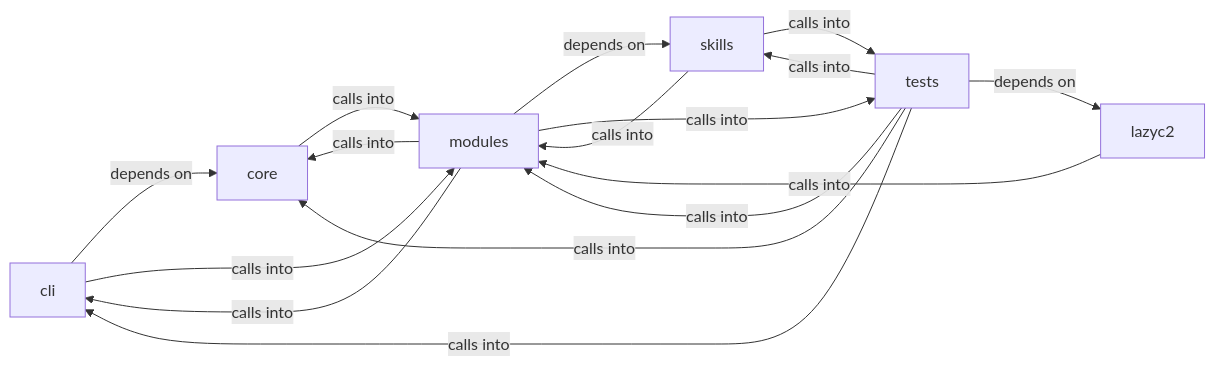
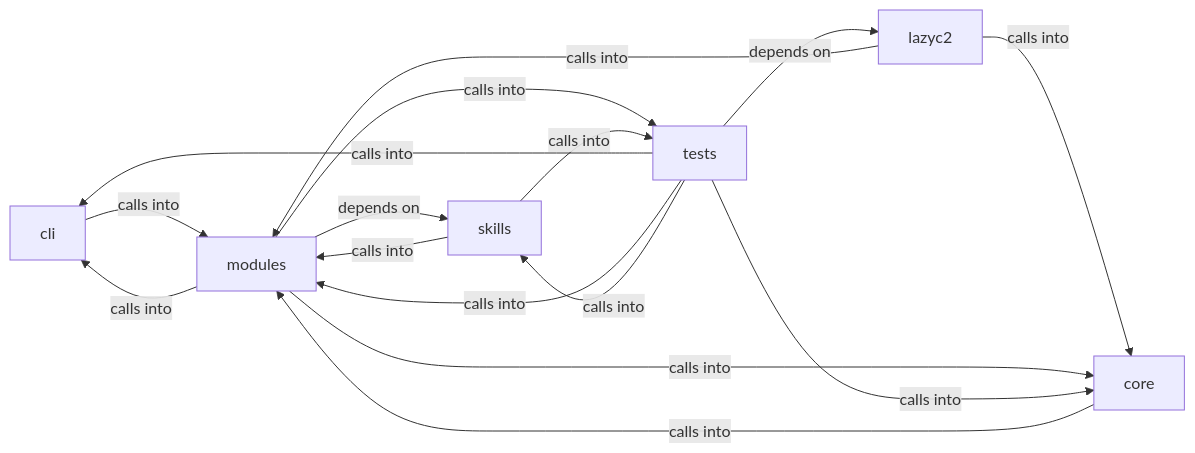
One commit to grisuno/LazyOwn changed the diagram in readmenator-diagrams/modules_lazy_loop.md. Above: the diagram before and after it, drawn with Mermaid. The commit also changed other lines of this file and 226 other files, not shown here.

````diff
--- a/readmenator-diagrams/modules_lazy_loop.md
+++ b/readmenator-diagrams/modules_lazy_loop.md
@@ -5,24 +5,24 @@
 ```mermaid
 graph LR
     cli["cli"]
     core["core"]
     lazyc2["lazyc2"]
     modules["modules"]
     skills["skills"]
     tests["tests"]
-    cli -- "depends on" --> core
     cli -- "calls into" --> modules
     core -- "calls into" --> modules
+    lazyc2 -- "calls into" --> core
     lazyc2 -- "calls into" --> modules
     modules -- "calls into" --> cli
     modules -- "calls into" --> core
     modules -- "depends on" --> skills
     modules -- "calls into" --> tests
     skills -- "calls into" --> modules
     skills -- "calls into" --> tests
     tests -- "calls into" --> cli
     tests -- "calls into" --> core
     tests -- "depends on" --> lazyc2
     tests -- "calls into" --> modules
     tests -- "calls into" --> skills
 ```
````
